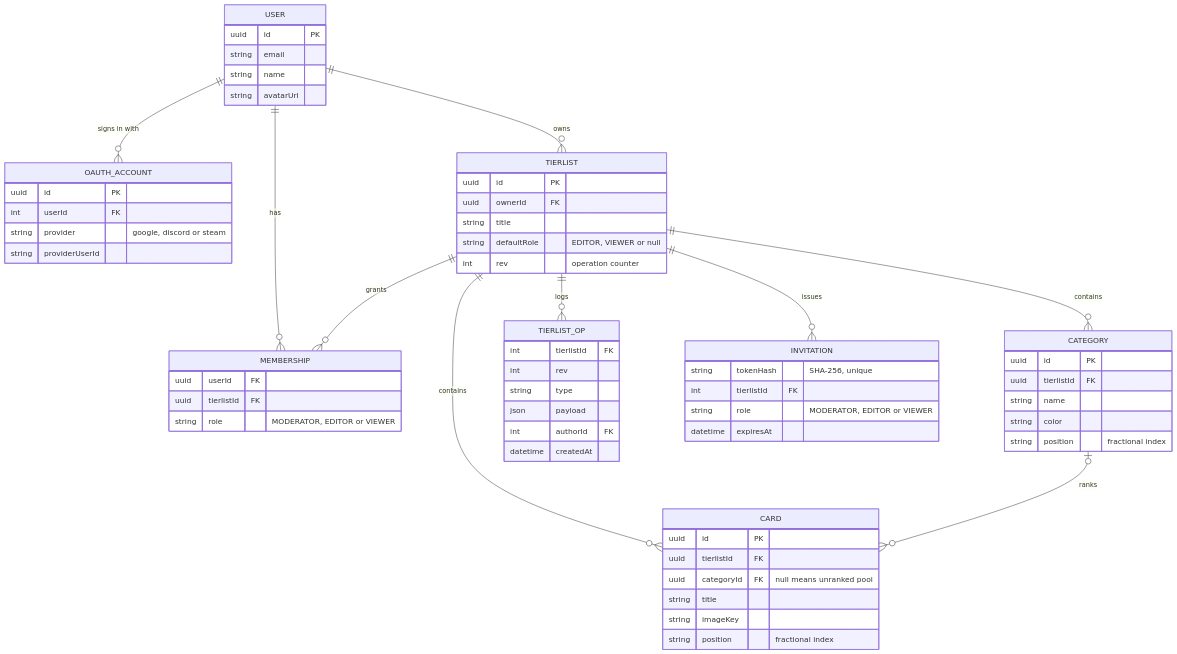
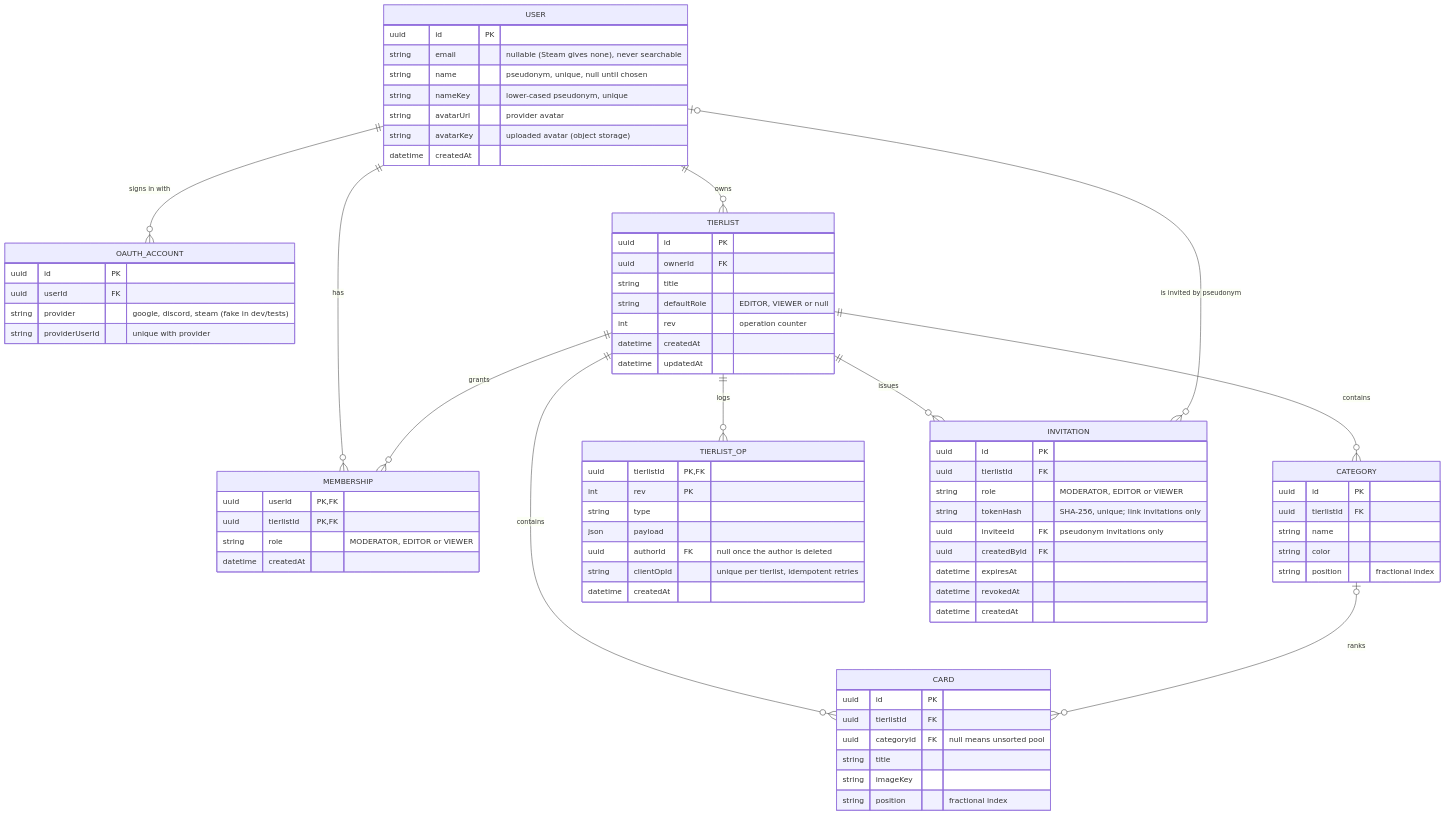
One commit to PaulMNRD/Tiermaster changed the diagram in docs/mcd.md. Above: the diagram before and after it, drawn with Mermaid. The commit also changed other lines of this file and 40 other files, not shown here.

Commit message:
feat(api): Prisma schema, migration, seed and Testcontainers harness

````diff
--- a/docs/mcd.md
+++ b/docs/mcd.md
@@ -1,66 +3,79 @@
 ```mermaid
 erDiagram
     USER ||--o{ OAUTH_ACCOUNT : "signs in with"
     USER ||--o{ TIERLIST : owns
     USER ||--o{ MEMBERSHIP : has
     TIERLIST ||--o{ MEMBERSHIP : grants
     TIERLIST ||--o{ CATEGORY : contains
     TIERLIST ||--o{ CARD : contains
     CATEGORY |o--o{ CARD : ranks
     TIERLIST ||--o{ TIERLIST_OP : logs
     TIERLIST ||--o{ INVITATION : issues
- 
+    USER |o--o{ INVITATION : "is invited by pseudonym"
+
     USER {
         uuid id PK
-        string email
-        string name
-        string avatarUrl
+        string email "nullable (Steam gives none), never searchable"
+        string name "pseudonym, unique, null until chosen"
+        string nameKey "lower-cased pseudonym, unique"
+        string avatarUrl "provider avatar"
+        string avatarKey "uploaded avatar (object storage)"
+        datetime createdAt
     }
     OAUTH_ACCOUNT {
         uuid id PK
-        int userId FK
-        string provider "google, discord or steam"
-        string providerUserId
+        uuid userId FK
+        string provider "google, discord, steam (fake in dev/tests)"
+        string providerUserId "unique with provider"
     }
     TIERLIST {
         uuid id PK
         uuid ownerId FK
         string title
         string defaultRole "EDITOR, VIEWER or null"
         int rev "operation counter"
+        datetime createdAt
+        datetime updatedAt
     }
     MEMBERSHIP {
-        uuid userId FK
-        uuid tierlistId FK
+        uuid userId PK, FK
+        uuid tierlistId PK, FK
         string role "MODERATOR, EDITOR or VIEWER"
+        datetime createdAt
     }
     CATEGORY {
         uuid id PK
         uuid tierlistId FK
         string name
         string color
         string position "fractional index"
     }
     CARD {
         uuid id PK
         uuid tierlistId FK
-        uuid categoryId FK "null means unranked pool"
+        uuid categoryId FK "null means unsorted pool"
         string title
         string imageKey
         string position "fractional index"
     }
     TIERLIST_OP {
-        int tierlistId FK
-        int rev
+        uuid tierlistId PK, FK
+        int rev PK
         string type
         json payload
-        int authorId FK
+        uuid authorId FK "null once the author is deleted"
+        string clientOpId "unique per tierlist, idempotent retries"
         datetime createdAt
     }
     INVITATION {
-        string tokenHash "SHA-256, unique"
-        int tierlistId FK
+        uuid id PK
+        uuid tierlistId FK
         string role "MODERATOR, EDITOR or VIEWER"
+        string tokenHash "SHA-256, unique; link invitations only"
+        uuid inviteeId FK "pseudonym invitations only"
+        uuid createdById FK
         datetime expiresAt
+        datetime revokedAt
+        datetime createdAt
     }
 ```
````
